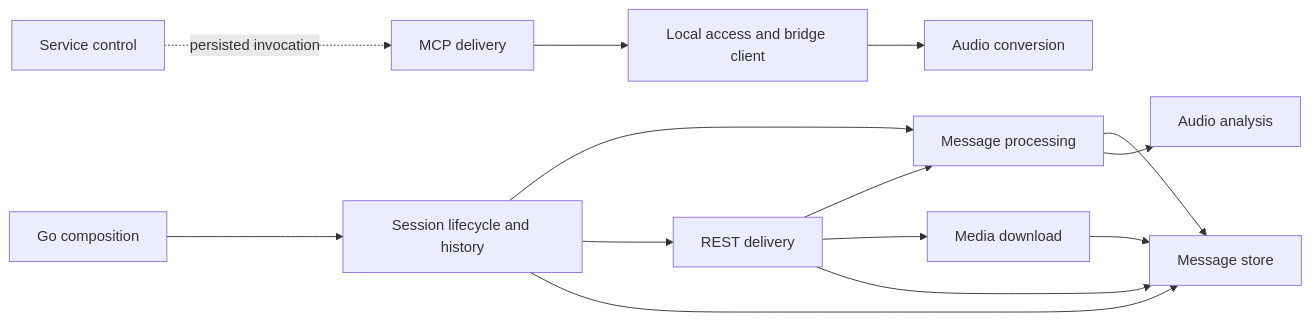
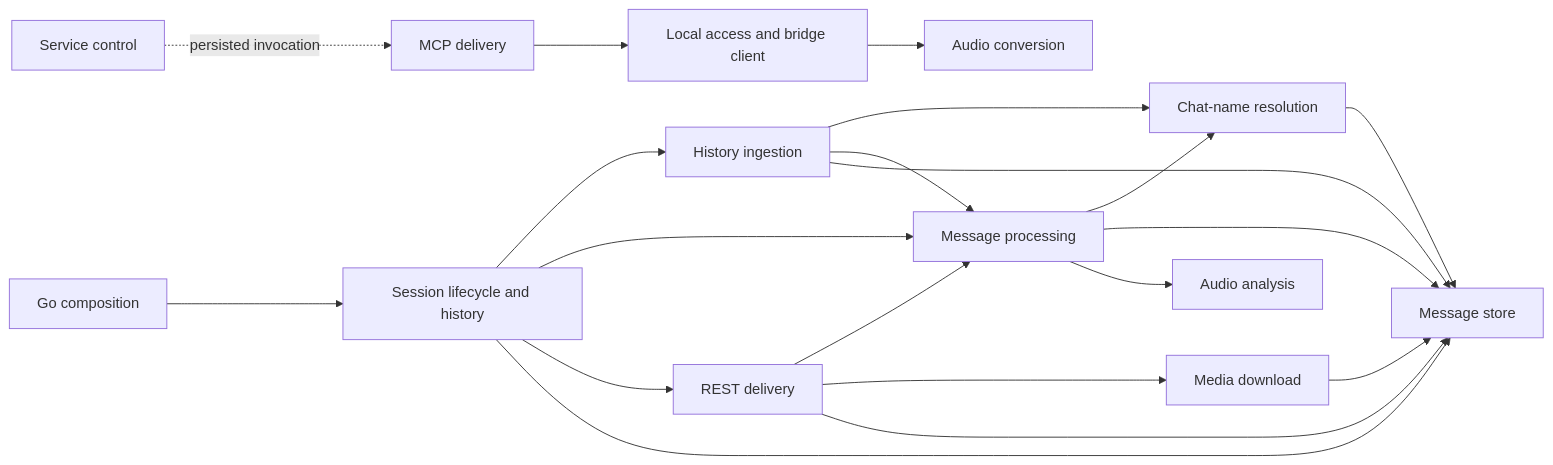
The diagram in docs/architecture/ARCHITECTURE.md (FlourishingHumanityCorporation/whatsapp-mcp), drawn with Mermaid before and after one commit. The commit also changed other lines of this file and 9 other files, not shown here.

````diff
--- a/docs/architecture/ARCHITECTURE.md
+++ b/docs/architecture/ARCHITECTURE.md
@@ -19,17 +19,23 @@
 ```mermaid
 flowchart LR
     delivery["MCP delivery"] --> access["Local access and bridge client"]
     access --> audio["Audio conversion"]
     service["Service control"] -. persisted invocation .-> delivery
 
     composition["Go composition"] --> session["Session lifecycle and history"]
+    session --> history["History ingestion"]
     session --> messaging["Message processing"]
     session --> rest["REST delivery"]
     session --> store["Message store"]
+    history --> naming["Chat-name resolution"]
+    history --> messaging
+    history --> store
+    naming --> store
+    messaging --> naming
     messaging --> store
     messaging --> analysis["Audio analysis"]
     rest --> messaging
     rest --> media["Media download"]
     rest --> store
     media --> store
 ```
````
